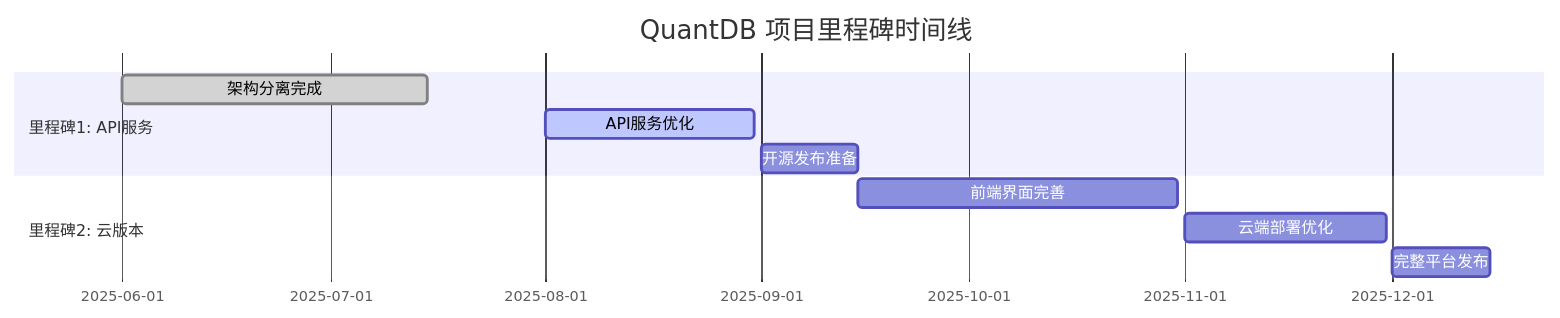
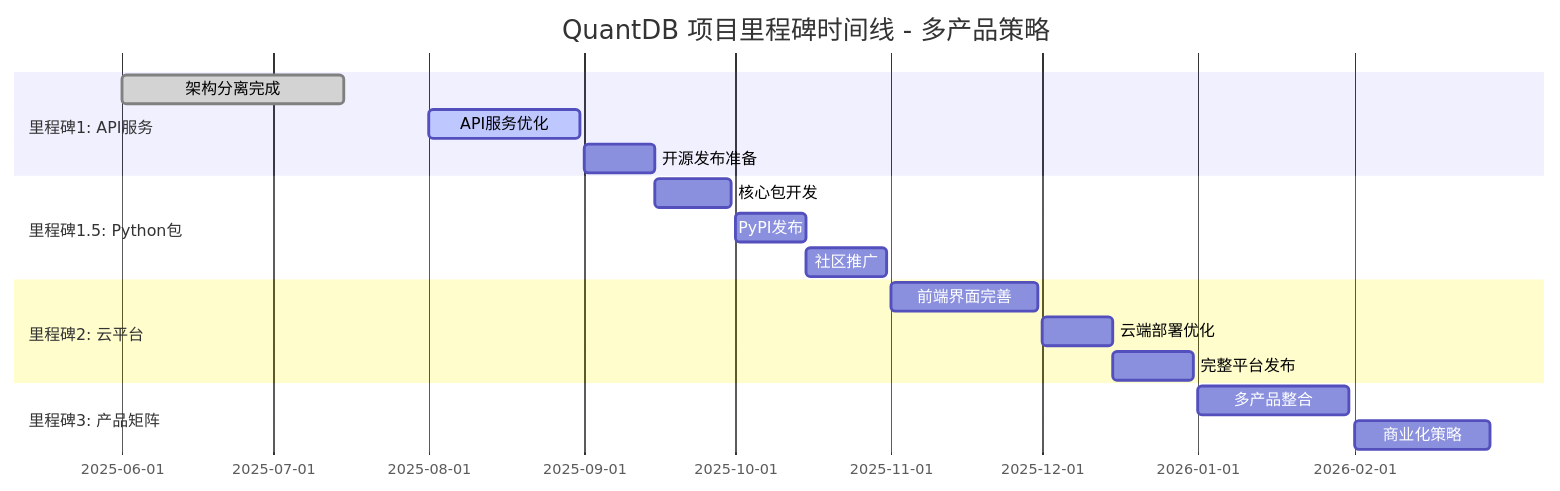
The diagram in docs/02_MILESTONES.md (franksunye/quantdb), drawn with Mermaid before and after one commit. The commit also changed other lines of this file and 1 other file, not shown here.

````diff
--- a/docs/02_MILESTONES.md
+++ b/docs/02_MILESTONES.md
@@ -11,13 +11,20 @@
 ```mermaid
 gantt
-    title QuantDB 项目里程碑时间线
+    title QuantDB 项目里程碑时间线 - 多产品策略
     dateFormat  YYYY-MM-DD
     section 里程碑1: API服务
     架构分离完成    :done, m1-arch, 2025-06-01, 2025-07-15
     API服务优化     :active, m1-api, 2025-08-01, 2025-08-31
     开源发布准备    :m1-release, 2025-09-01, 2025-09-15
-    section 里程碑2: 云版本
-    前端界面完善    :m2-frontend, 2025-09-15, 2025-10-31
-    云端部署优化    :m2-cloud, 2025-11-01, 2025-11-30
-    完整平台发布    :m2-release, 2025-12-01, 2025-12-15
+    section 里程碑1.5: Python包
+    核心包开发      :m15-dev, 2025-09-15, 2025-09-30
+    PyPI发布       :m15-release, 2025-10-01, 2025-10-15
+    社区推广       :m15-promo, 2025-10-15, 2025-10-31
+    section 里程碑2: 云平台
+    前端界面完善    :m2-frontend, 2025-11-01, 2025-11-30
+    云端部署优化    :m2-cloud, 2025-12-01, 2025-12-15
+    完整平台发布    :m2-release, 2025-12-15, 2025-12-31
+    section 里程碑3: 产品矩阵
+    多产品整合      :m3-integration, 2026-01-01, 2026-01-31
+    商业化策略      :m3-business, 2026-02-01, 2026-02-28
 ```
````
